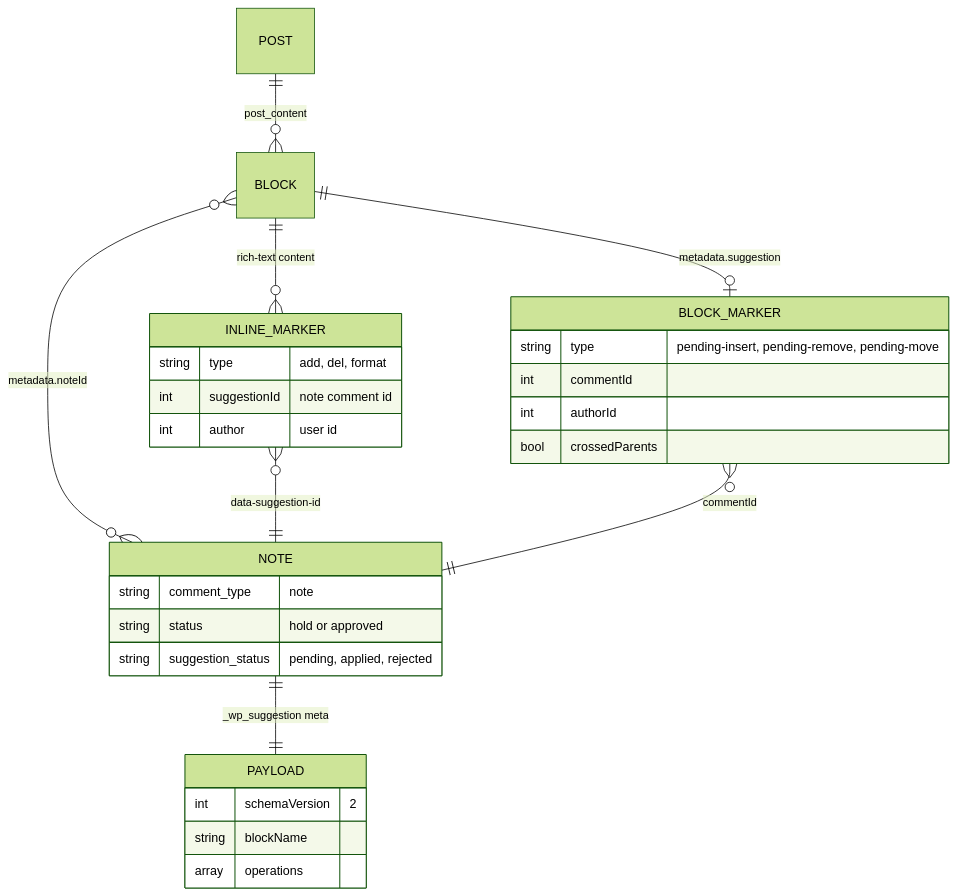
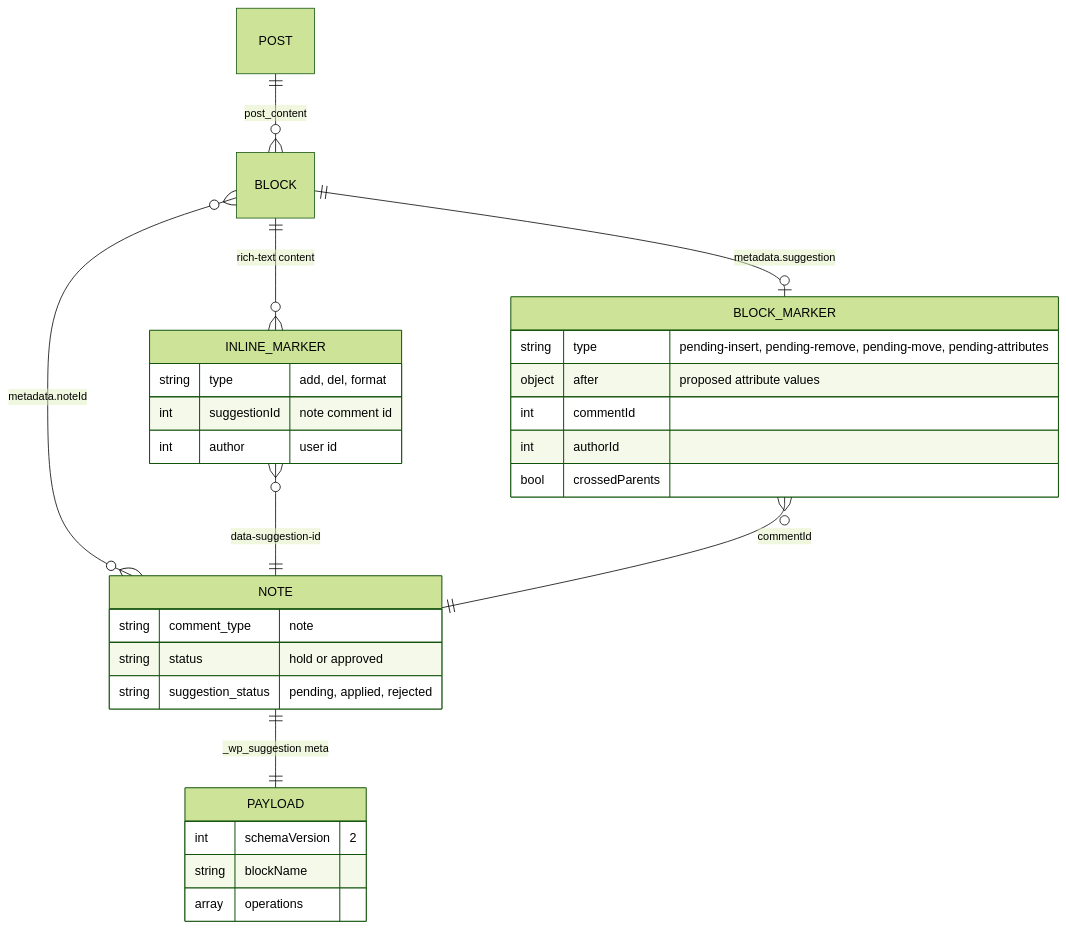
One commit to WordPress/gutenberg changed the third of 8 diagrams in docs/explanations/architecture/suggestions-overview.md. Above: the diagram before and after it, drawn with Mermaid (forest theme). The commit also changed other lines of this file, not shown here.

First line of the commit message:
Suggestion mode: Describe attribute proposals and the store split in the overview

````diff
--- a/docs/explanations/architecture/suggestions-overview.md
+++ b/docs/explanations/architecture/suggestions-overview.md
@@ -116,32 +116,33 @@
 ```mermaid
 erDiagram
     POST ||--o{ BLOCK : "post_content"
     BLOCK ||--o{ INLINE_MARKER : "rich-text content"
     BLOCK ||--o| BLOCK_MARKER : "metadata.suggestion"
     BLOCK }o--o{ NOTE : "metadata.noteId"
     INLINE_MARKER }o--|| NOTE : "data-suggestion-id"
     BLOCK_MARKER }o--|| NOTE : "commentId"
     NOTE ||--|| PAYLOAD : "_wp_suggestion meta"
 
     INLINE_MARKER {
         string type "add, del, format"
         int suggestionId "note comment id"
         int author "user id"
     }
     BLOCK_MARKER {
-        string type "pending-insert, pending-remove, pending-move"
+        string type "pending-insert, pending-remove, pending-move, pending-attributes"
+        object after "proposed attribute values"
         int commentId
         int authorId
         bool crossedParents
     }
     NOTE {
         string comment_type "note"
         string status "hold or approved"
         string suggestion_status "pending, applied, rejected"
     }
     PAYLOAD {
         int schemaVersion "2"
         string blockName
         array operations
     }
 ```
````
